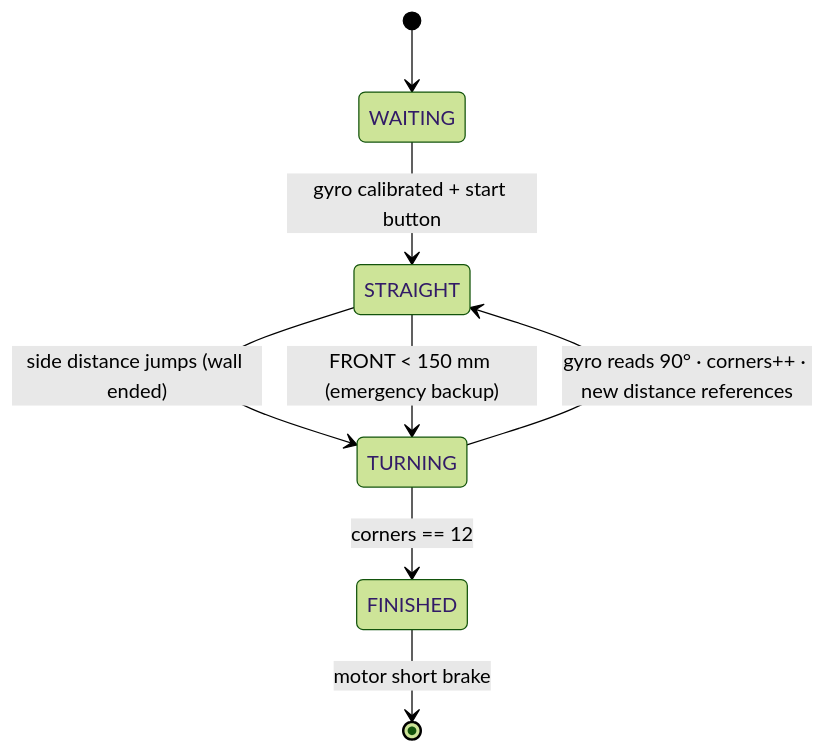
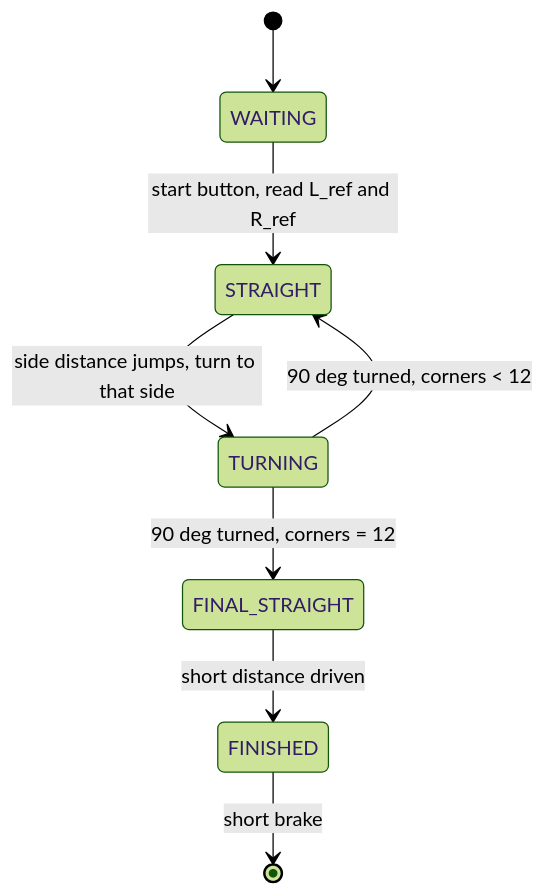
The second of 2 diagrams in README.md (henryalejandrorieraloza-sudo/WRO-2026-Future-Engineers-Journal), drawn with Mermaid (forest theme) before and after one commit. The commit also changed other lines of this file and 2 other files, not shown here.

First line of the commit message:
Define final Open and Obstacle Challenge strategies

````diff
--- a/README.md
+++ b/README.md
@@ -277,10 +281,10 @@
 ```mermaid
 stateDiagram-v2
     [*] --> WAITING
-    WAITING --> STRAIGHT: gyro calibrated + start button
-    STRAIGHT --> TURNING: side distance jumps (wall ended)
-    STRAIGHT --> TURNING: FRONT < 150 mm (emergency backup)
-    TURNING --> STRAIGHT: gyro reads 90° · corners++ · new distance references
-    TURNING --> FINISHED: corners == 12
-    FINISHED --> [*]: motor short brake
+    WAITING --> STRAIGHT: start button, read L_ref and R_ref
+    STRAIGHT --> TURNING: side distance jumps, turn to that side
+    TURNING --> STRAIGHT: 90 deg turned, corners < 12
+    TURNING --> FINAL_STRAIGHT: 90 deg turned, corners = 12
+    FINAL_STRAIGHT --> FINISHED: short distance driven
+    FINISHED --> [*]: short brake
 ```
````
